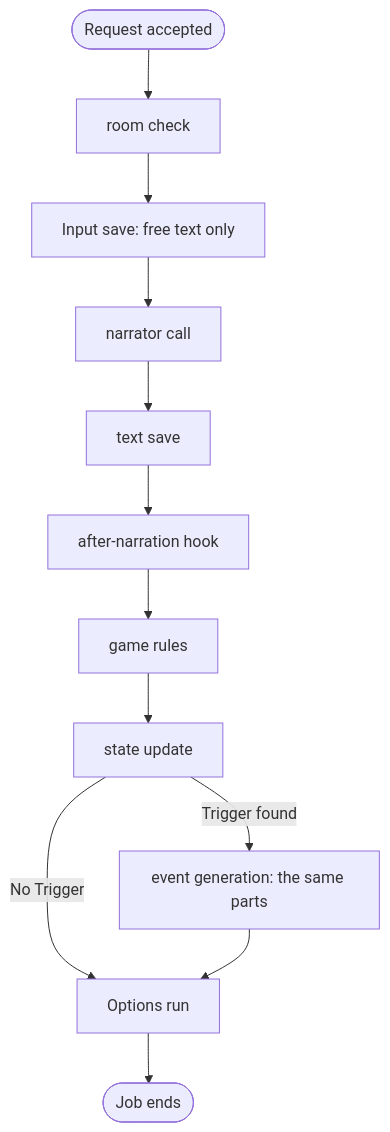
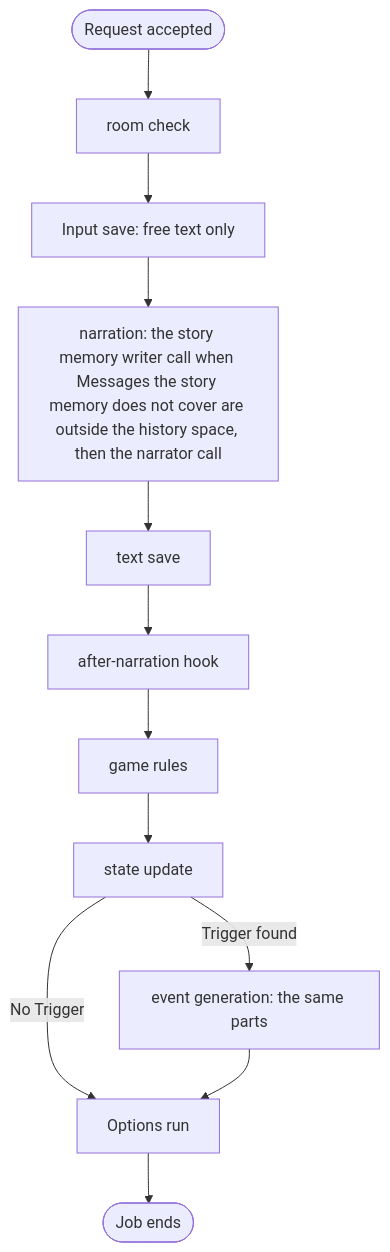
One commit to notsonormal/chronicler-engine changed the diagram in docs/diataxis/reference/game_flow.md. Above: the diagram before and after it, drawn with Mermaid. The commit also changed other lines of this file and 196 other files, not shown here.

First line of the commit message:
Add the base story memory (long-term-memory ticket 14)

````diff
--- a/docs/diataxis/reference/game_flow.md
+++ b/docs/diataxis/reference/game_flow.md
@@ -34,14 +34,14 @@
 ```mermaid
 flowchart TD
     Start([Request accepted]) --> Room[room check]
     Room --> Input[Input save: free text only]
-    Input --> Narrate[narrator call]
+    Input --> Narrate[narration: the story memory writer call when Messages the story memory does not cover are outside the history space, then the narrator call]
     Narrate --> TextSave[text save]
     TextSave --> AfterNarration[after-narration hook]
     AfterNarration --> Rules[game rules]
     Rules --> Update[state update]
     Update -->|Trigger found| Event[event generation: the same parts]
     Update -->|No Trigger| Options[Options run]
     Event --> Options
     Options --> End([Job ends])
 ```
````
